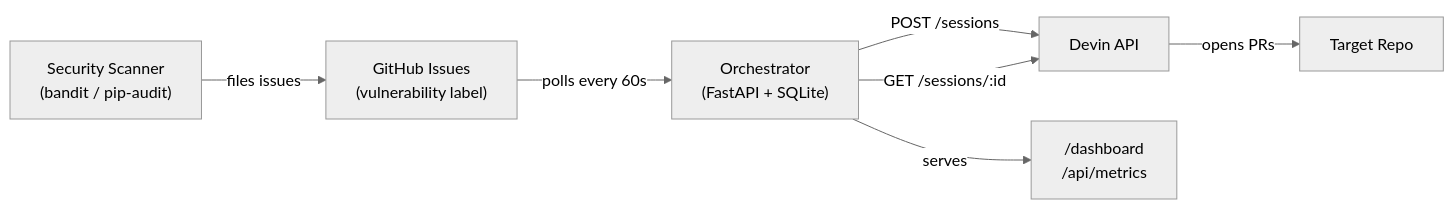
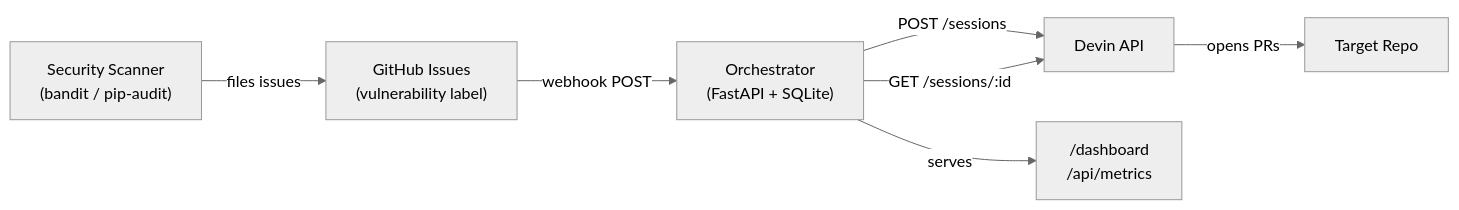
The diagram in README.md (lahari-gangineni/vuln-remediation-system), drawn with Mermaid (neutral theme) before and after one commit. The commit also changed other lines of this file and 2 other files, not shown here.

First line of the commit message:
feat: add GitHub webhook endpoint, simplify polling loop to status-sync only

````diff
--- a/README.md
+++ b/README.md
@@ -20,9 +20,9 @@
 ```mermaid
 flowchart LR
     Scanner["Security Scanner\n(bandit / pip-audit)"] -->|files issues| GitHub["GitHub Issues\n(vulnerability label)"]
-    GitHub -->|polls every 60s| Orchestrator["Orchestrator\n(FastAPI + SQLite)"]
+    GitHub -->|webhook POST| Orchestrator["Orchestrator\n(FastAPI + SQLite)"]
     Orchestrator -->|POST /sessions| Devin["Devin API"]
     Devin -->|opens PRs| Repo["Target Repo"]
     Orchestrator -->|GET /sessions/:id| Devin
     Orchestrator -->|serves| Dashboard["/dashboard\n/api/metrics"]
 ```
````
